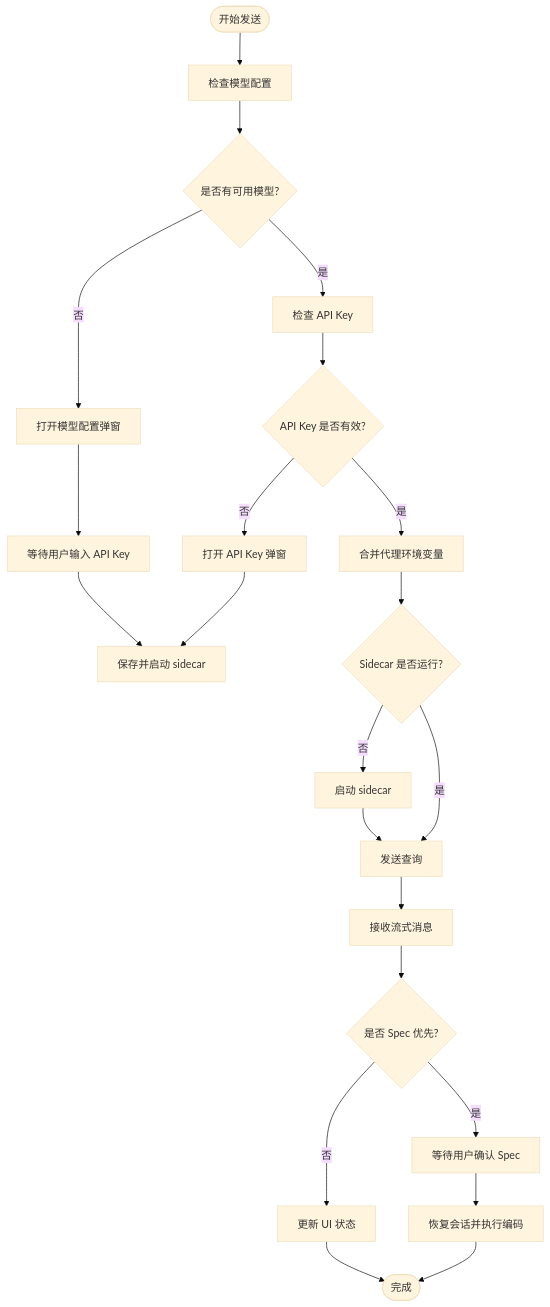
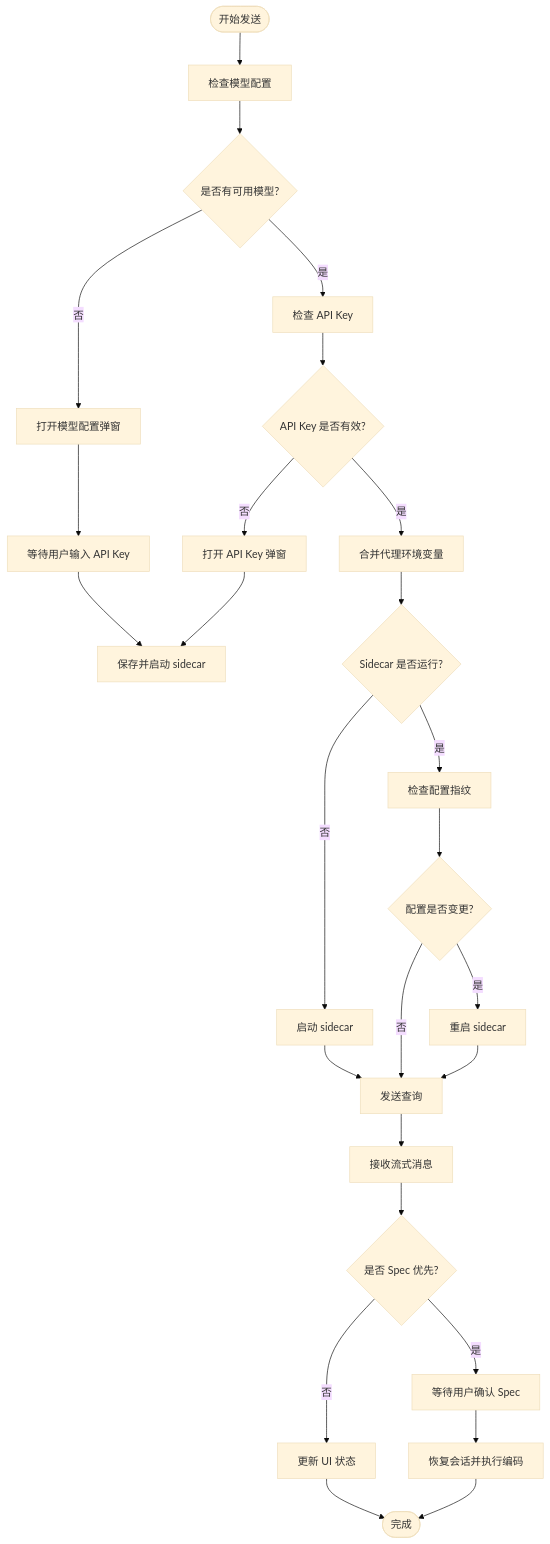
The sixth of 7 diagrams in .qoder/repowiki/zh/content/前端应用架构/前端应用架构.md (RabbitAI-Lab/RabbitCoding), drawn with Mermaid (base theme) before and after one commit. The commit also changed other lines of this file and 66 other files, not shown here.

````diff
--- a/.qoder/repowiki/zh/content/前端应用架构/前端应用架构.md
+++ b/.qoder/repowiki/zh/content/前端应用架构/前端应用架构.md
@@ -260,24 +338,28 @@
 ```mermaid
 flowchart TD
 Start(["开始发送"]) --> CheckModel["检查模型配置"]
 CheckModel --> HasModel{"是否有可用模型?"}
 HasModel --> |否| OpenModelModal["打开模型配置弹窗"]
 OpenModelModal --> WaitKey["等待用户输入 API Key"]
 WaitKey --> SaveKey["保存并启动 sidecar"]
 HasModel --> |是| CheckKey["检查 API Key"]
 CheckKey --> HasKey{"API Key 是否有效?"}
 HasKey --> |否| OpenKeyModal["打开 API Key 弹窗"]
 OpenKeyModal --> SaveKey
 HasKey --> |是| MergeEnv["合并代理环境变量"]
 MergeEnv --> SidecarStatus{"Sidecar 是否运行?"}
 SidecarStatus --> |否| StartSidecar["启动 sidecar"]
 StartSidecar --> SendQuery["发送查询"]
-SidecarStatus --> |是| SendQuery
+SidecarStatus --> |是| CheckConfig["检查配置指纹"]
+CheckConfig --> ConfigChanged{"配置是否变更?"}
+ConfigChanged --> |是| RestartSidecar["重启 sidecar"]
+ConfigChanged --> |否| SendQuery
+RestartSidecar --> SendQuery
 SendQuery --> Stream["接收流式消息"]
 Stream --> SpecFlow{"是否 Spec 优先?"}
 SpecFlow --> |是| ConfirmSpec["等待用户确认 Spec"]
 ConfirmSpec --> RunCode["恢复会话并执行编码"]
 SpecFlow --> |否| UpdateUI["更新 UI 状态"]
 UpdateUI --> End(["完成"])
 RunCode --> End
 ```
````
